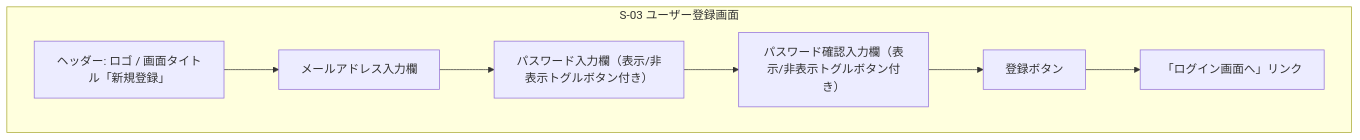
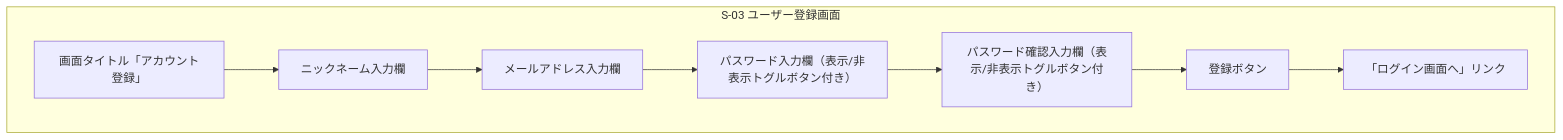
The third of 5 diagrams in docs/details/wireframes.md (yamamotonaoki3/TaskManagement), drawn with Mermaid before and after one commit. The commit also changed other lines of this file and 16 other files, not shown here.

````diff
--- a/docs/details/wireframes.md
+++ b/docs/details/wireframes.md
@@ -41,12 +41,13 @@
 ```mermaid
 flowchart TB
     subgraph S03[S-03 ユーザー登録画面]
-        H03[ヘッダー: ロゴ / 画面タイトル「新規登録」]
+        H03[画面タイトル「アカウント登録」]
+        N03[ニックネーム入力欄]
         E03[メールアドレス入力欄]
         P03[パスワード入力欄（表示/非表示トグルボタン付き）]
         PC03[パスワード確認入力欄（表示/非表示トグルボタン付き）]
         B03[登録ボタン]
         L03[「ログイン画面へ」リンク]
-        H03 --> E03 --> P03 --> PC03 --> B03 --> L03
+        H03 --> N03 --> E03 --> P03 --> PC03 --> B03 --> L03
     end
 ```
````
